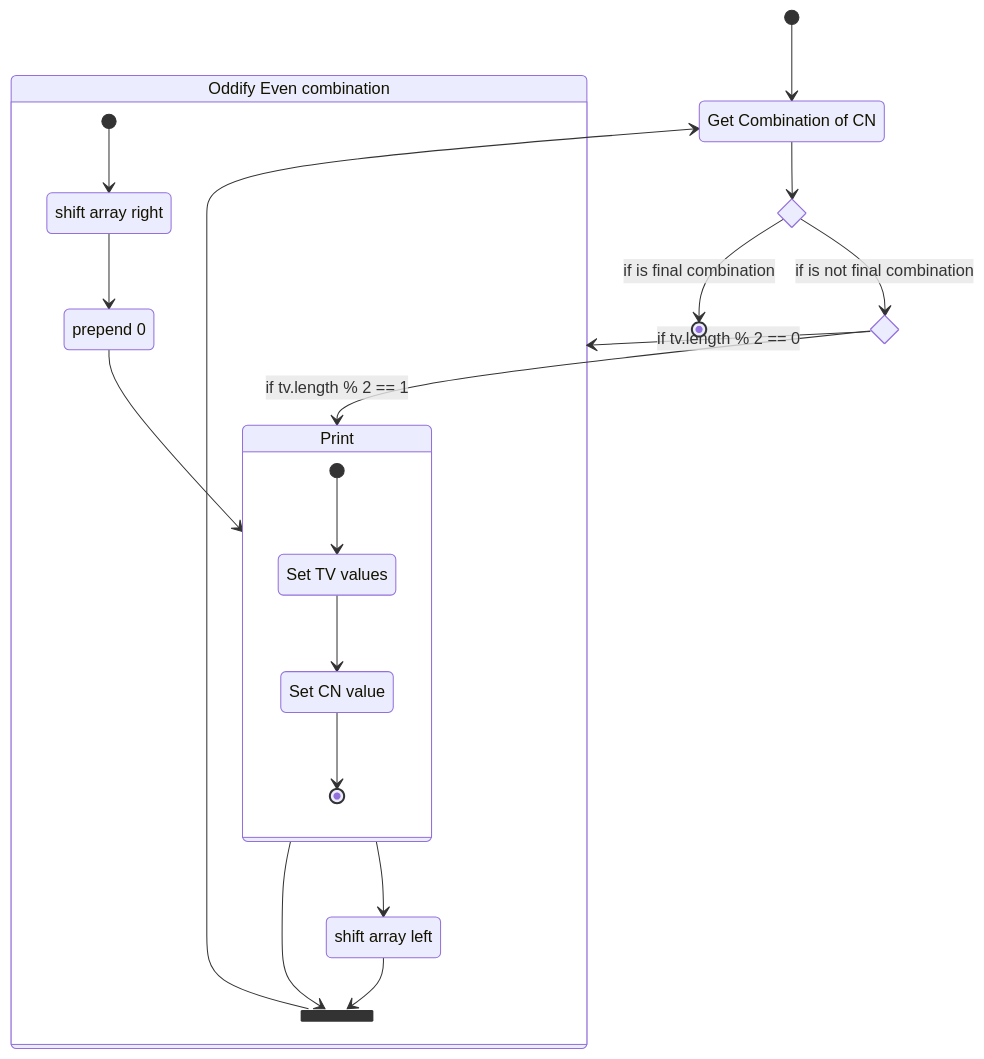
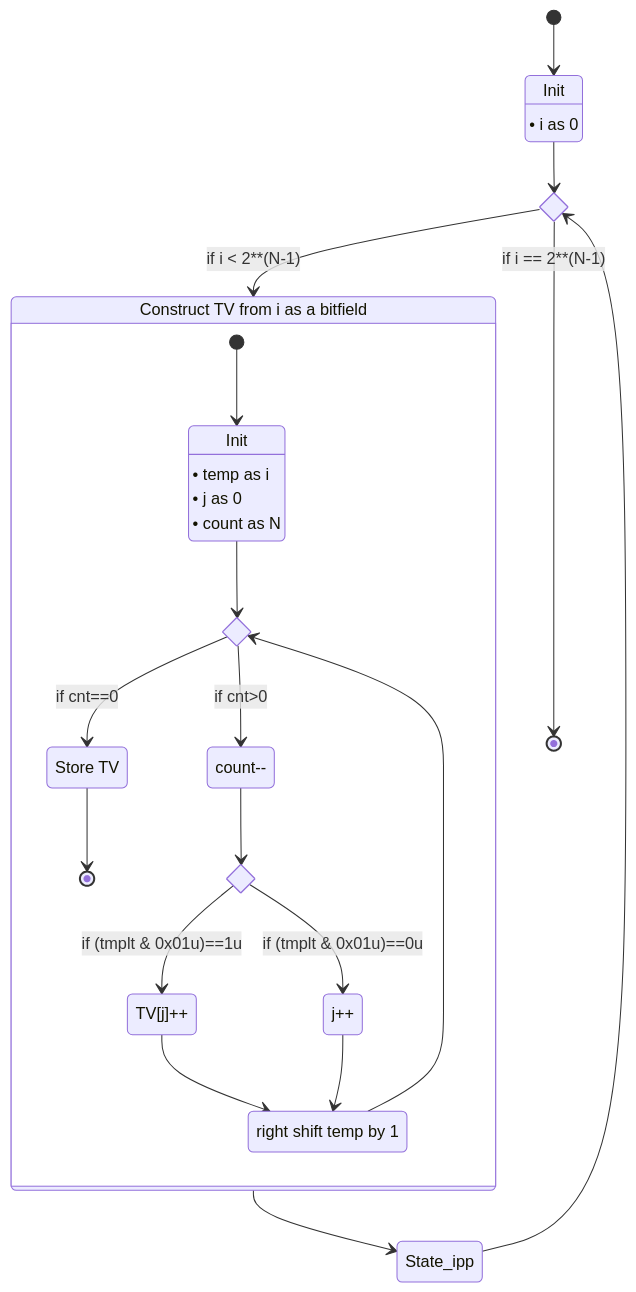
Before and after one commit to Uiowa-Applied-Topology/tanglenomicon_core_libraries: the third of 3 diagrams in source/gen-rational/unit-description.md, drawn with Mermaid. The commit also changed other lines of this file and 2 other files, not shown here.

````diff
--- a/source/gen-rational/unit-description.md
+++ b/source/gen-rational/unit-description.md
@@ -73,39 +92,40 @@
 ```mermaid
 stateDiagram-v2
-  state "Get Combination of CN" as gen
-  state join_state <<fork>>
-  state is_even <<choice>>
-  state no_combinations <<choice>>
-  state "Print" as print {
-  state "Set TV values" as stv
-  state "Set CN value" as scv
-	[*] --> stv
-	stv --> scv
-	scv --> [*]
-  }
+    state if_done <<choice>>
+    state "Init " as State_i
+    state "• i as 0 " as State_i
+state State_ipp: i++
+state "Construct TV from i as a bitfield" as tv_calc{
+state "Init" as State_temp
+state "• temp as i" as State_temp
+state "• j as 0" as State_temp
+state "• count as N" as State_temp
+State_jpp: j++
+State_cntmm: count--
+State_sum_tv: TV[j]++
+State_rsh: right shift temp by 1
+state if_lsb <<choice>>
+state if_cnteo <<choice>>
+State_store_tv: Store TV
 
-  state "Oddify Even combination" as even {
-  state "shift array left"  as shiftL
-  state "shift array right" as shiftR
-  state "prepend 0" as pp0
-	[*] --> shiftR
-	shiftR --> pp0
-	pp0 --> print
-	print --> shiftL
-	shiftL --> join_state
+[*] --> State_temp
+State_temp --> if_cnteo
+if_cnteo --> State_cntmm: if cnt>0
+if_cnteo --> State_store_tv: if cnt==0
+State_store_tv --> [*]
 
-
-  }
-
-	[*] --> gen
-	gen --> no_combinations
-  no_combinations --> is_even: if is not final combination
-	no_combinations --> [*] : if is final combination
-
-  is_even --> even: if tv.length % 2 == 0
-	is_even --> print : if tv.length % 2 == 1
-	print --> join_state
-	join_state --> gen
-
+State_cntmm -->if_lsb
+if_lsb --> State_sum_tv: if (tmplt & 0x01u)==1u
+State_sum_tv --> State_rsh
+if_lsb --> State_jpp: if (tmplt & 0x01u)==0u
+State_jpp --> State_rsh
+State_rsh --> if_cnteo
+}
+[*] --> State_i
+State_i --> if_done
+if_done --> tv_calc: if i < 2**(N-1)
+tv_calc --> State_ipp
+State_ipp --> if_done
+if_done --> [*]: if i == 2**(N-1)
 
 ```
````
